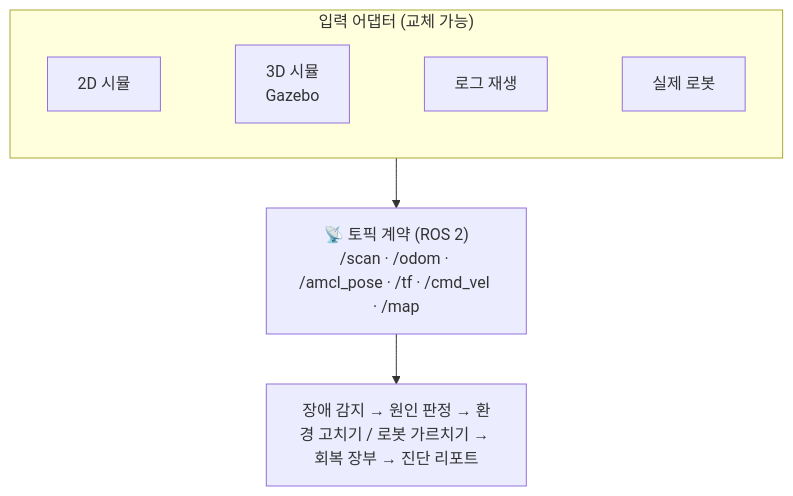
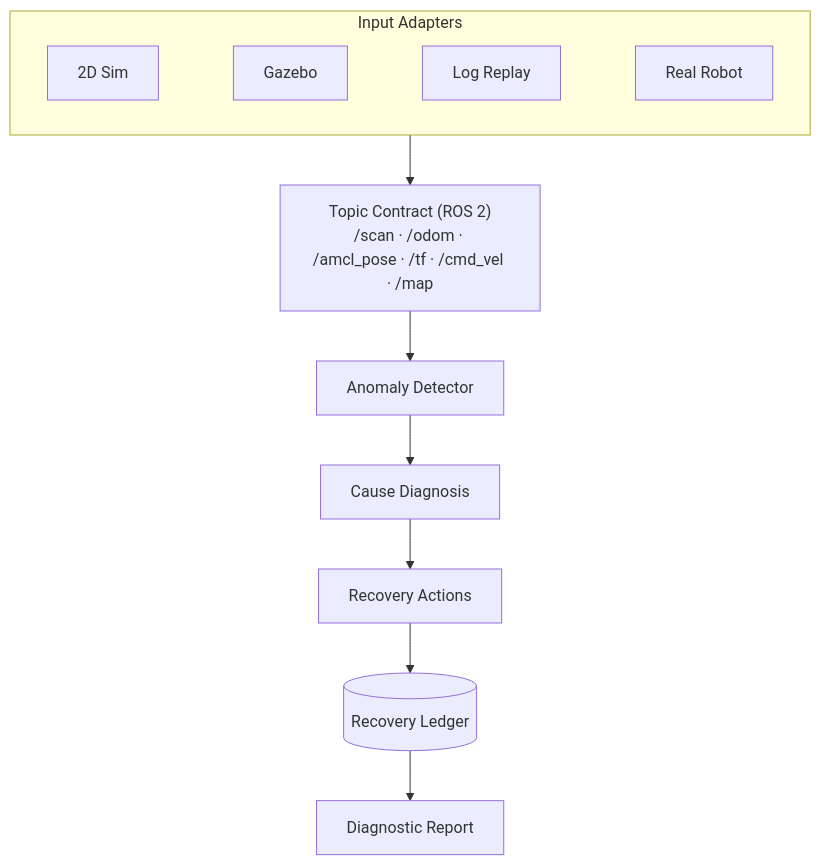
The second of 3 diagrams in README.md (CauseMotion/D2SF_CauseMotion), drawn with Mermaid before and after one commit. The commit also changed other lines of this file, not shown here.

````diff
--- a/README.md
+++ b/README.md
@@ -112,9 +101,9 @@
 ```mermaid
 flowchart TB
-    subgraph IN["입력 어댑터 (교체 가능)"]
+    subgraph IN[Input Adapters]
         direction LR
-        S2["2D 시뮬"] ~~~ S3["3D 시뮬<br/>Gazebo"] ~~~ LG["로그 재생"] ~~~ RB["실제 로봇"]
+        S2[2D Sim] ~~~ S3[Gazebo] ~~~ LG[Log Replay] ~~~ RB[Real Robot]
     end
-    IN --> T["📡 토픽 계약 (ROS 2)<br/>/scan · /odom · /amcl_pose · /tf · /cmd_vel · /map"]
-    T --> P["장애 감지 → 원인 판정 → 환경 고치기 / 로봇 가르치기 → 회복 장부 → 진단 리포트"]
+    IN --> T["Topic Contract (ROS 2)<br/>/scan · /odom · /amcl_pose · /tf · /cmd_vel · /map"]
+    T --> D1[Anomaly Detector] --> D2[Cause Diagnosis] --> D3[Recovery Actions] --> D4[(Recovery Ledger)] --> D5[Diagnostic Report]
 ```
````
